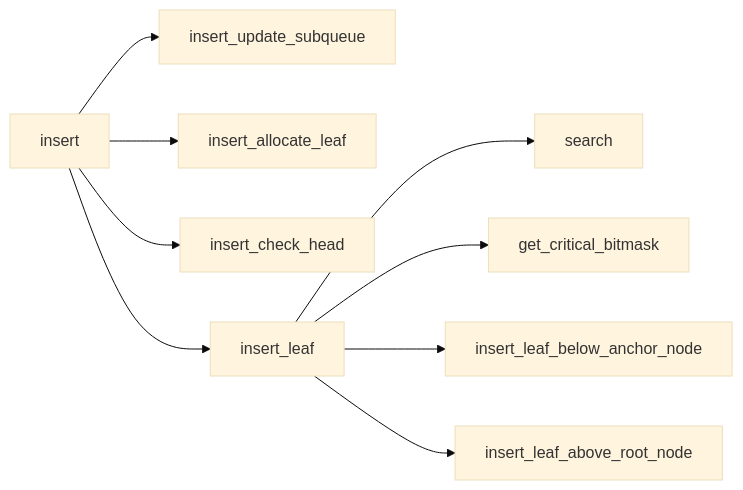
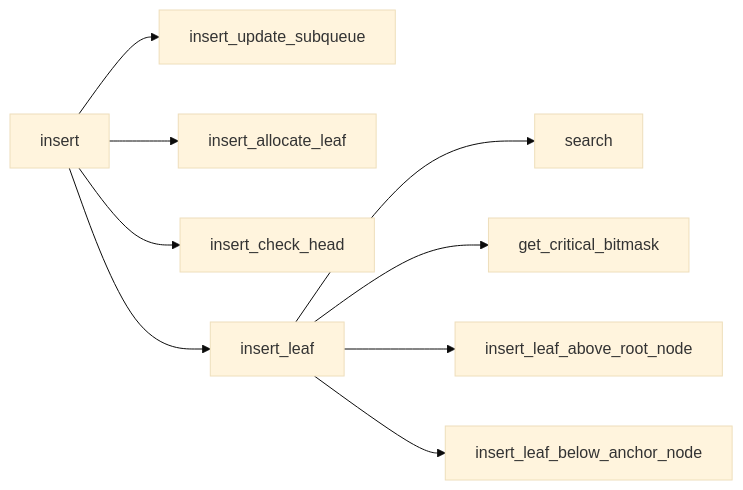
Before and after one commit to econia-labs/econia: the third of 5 diagrams in doc/diagrams/src/modules/critqueue.md, drawn with Mermaid (base theme). The commit also changed other lines of this file and 2 other files, not shown here.

Commit message:
Add general leaf insertion tests

````diff
--- a/doc/diagrams/src/modules/critqueue.md
+++ b/doc/diagrams/src/modules/critqueue.md
@@ -35,14 +35,14 @@
 ```mermaid
 
 flowchart LR
 
 insert --> insert_update_subqueue
 insert --> insert_allocate_leaf
 insert --> insert_check_head
 insert --> insert_leaf
 insert_leaf --> search
 insert_leaf --> get_critical_bitmask
+insert_leaf --> insert_leaf_above_root_node
 insert_leaf --> insert_leaf_below_anchor_node
-insert_leaf --> insert_leaf_above_root_node
 
 ```
````
